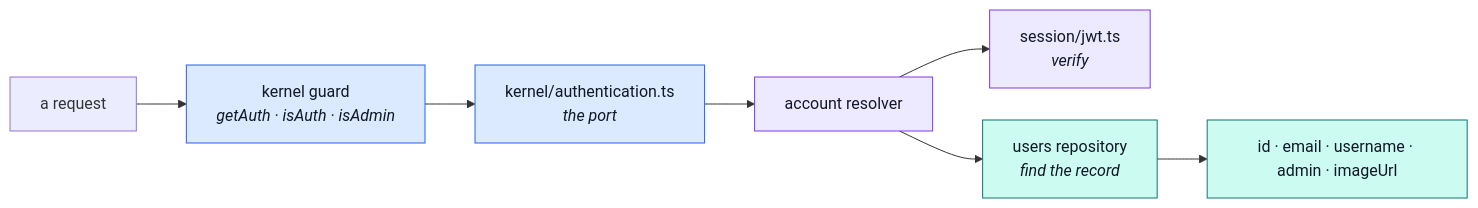
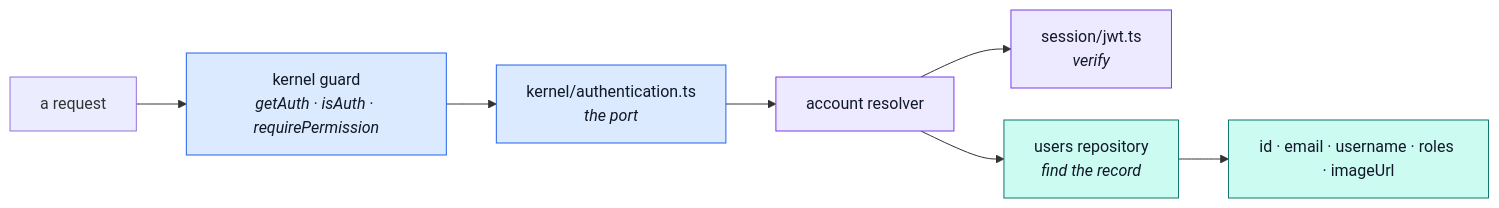
The first of 2 diagrams in docs/modules/account-sessions.md (Guebbit/boilerplate-node-backend), drawn with Mermaid before and after one commit. The commit also changed 7 other files, not shown here.

````diff
--- a/docs/modules/account-sessions.md
+++ b/docs/modules/account-sessions.md
@@ -17,17 +17,17 @@
 ```mermaid
 %%{init: {'flowchart': {'nodeSpacing': 32, 'rankSpacing': 50}}}%%
 flowchart LR
-    RQ["a request"] --> G["kernel guard<br/><i>getAuth · isAuth · isAdmin</i>"]
+    RQ["a request"] --> G["kernel guard<br/><i>getAuth · isAuth · requirePermission</i>"]
     G --> PT["kernel/authentication.ts<br/><i>the port</i>"]
     PT --> RS["account resolver"]
     RS --> V["session/jwt.ts<br/><i>verify</i>"]
     RS --> UR["users repository<br/><i>find the record</i>"]
-    UR --> OUT["id · email · username · admin · imageUrl"]
+    UR --> OUT["id · email · username · roles · imageUrl"]
 
     classDef k fill:#dbeafe,stroke:#2563eb,color:#111827;
     classDef a fill:#ede9fe,stroke:#7c3aed,color:#111827;
     classDef u fill:#ccfbf1,stroke:#0f766e,color:#111827;
     class G,PT k;
     class RS,V a;
     class UR,OUT u;
 ```
````
